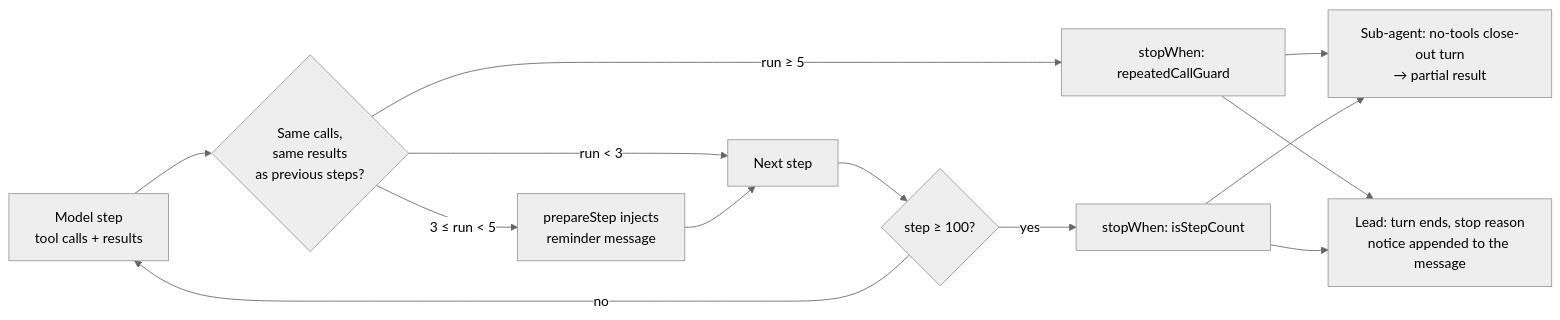
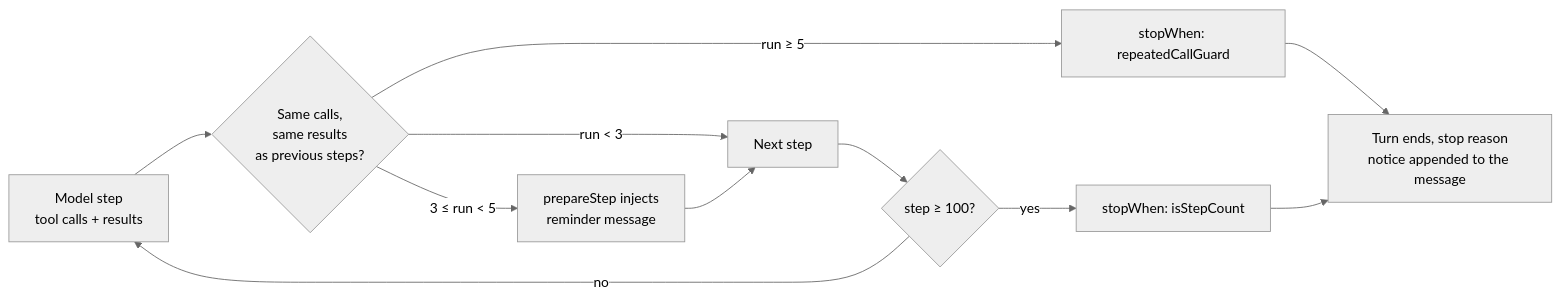
The diagram in docs/architecture/loop-guards.md (data-fair/agents), drawn with Mermaid (neutral theme) before and after one commit. The commit also changed other lines of this file and 31 other files, not shown here.

````diff
--- a/docs/architecture/loop-guards.md
+++ b/docs/architecture/loop-guards.md
@@ -10,14 +10,12 @@
 ```mermaid
 flowchart LR
   Step[Model step<br/>tool calls + results] --> Repeat{Same calls,<br/>same results<br/>as previous steps?}
   Repeat -->|"run &lt; 3"| Next[Next step]
   Repeat -->|"3 ≤ run &lt; 5"| Nudge["prepareStep injects<br/>reminder message"] --> Next
   Repeat -->|"run ≥ 5"| Stop[stopWhen: repeatedCallGuard]
   Next --> Count{step ≥ 100?}
   Count -->|no| Step
   Count -->|yes| Stop2[stopWhen: isStepCount]
-  Stop --> Closeout[Sub-agent: no-tools close-out turn<br/>→ partial result]
-  Stop2 --> Closeout
-  Stop --> Notice[Lead: turn ends, stop reason<br/>notice appended to the message]
+  Stop --> Notice[Turn ends, stop reason<br/>notice appended to the message]
   Stop2 --> Notice
 ```
````
